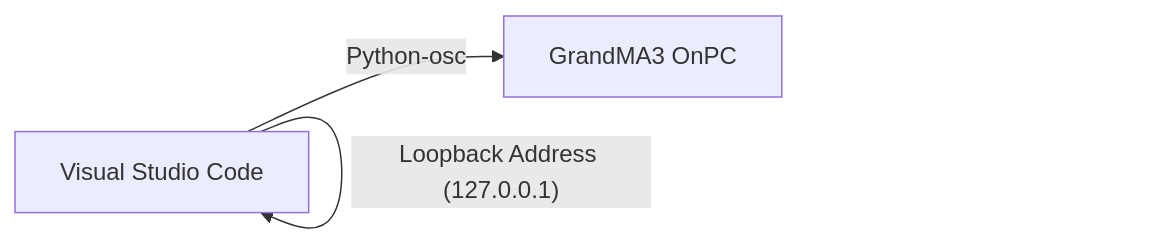
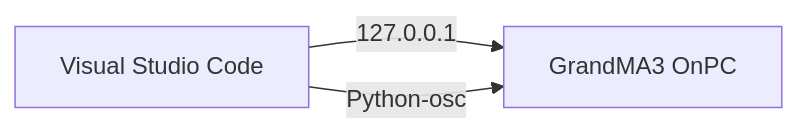
Before and after one commit to syakiltrm/syak-OSC: the diagram in README.md, drawn with Mermaid. The commit also changed other lines of this file and 5 other files, not shown here.

````diff
--- a/README.md
+++ b/README.md
@@ -34,9 +42,10 @@
 ```mermaid
 graph LR
 
 A[Visual Studio Code]
 B[GrandMA3 OnPC]
 
-A--Loopback Address (127.0.0.1)-->A
+A--127.0.0.1-->B
 A--Python-osc-->B
+
 ```
````
